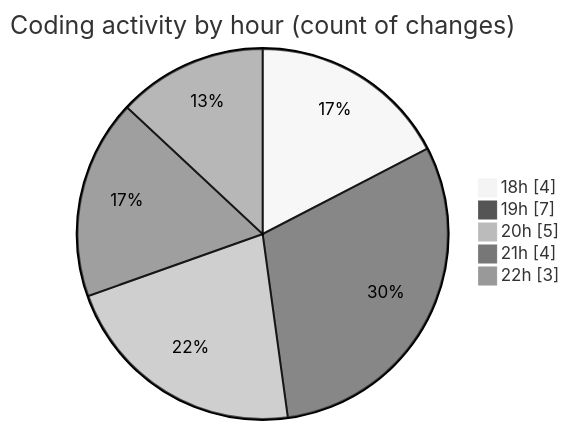
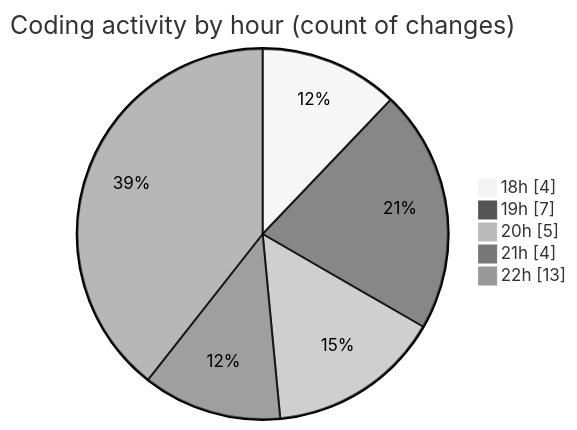
One commit to EIIisD/code-tracking changed the second of 2 diagrams in 2025-07-27/refunds/README.md. Above: the diagram before and after it, drawn with Mermaid (neutral theme). The commit also changed other lines of this file and 1 other file, not shown here.

````diff
--- a/2025-07-27/refunds/README.md
+++ b/2025-07-27/refunds/README.md
@@ -37,9 +38,9 @@
 ```mermaid
 pie showData
 title Coding activity by hour (count of changes)
 "18h" : 4
 "19h" : 7
 "20h" : 5
 "21h" : 4
-"22h" : 3
+"22h" : 13
 ```
````
